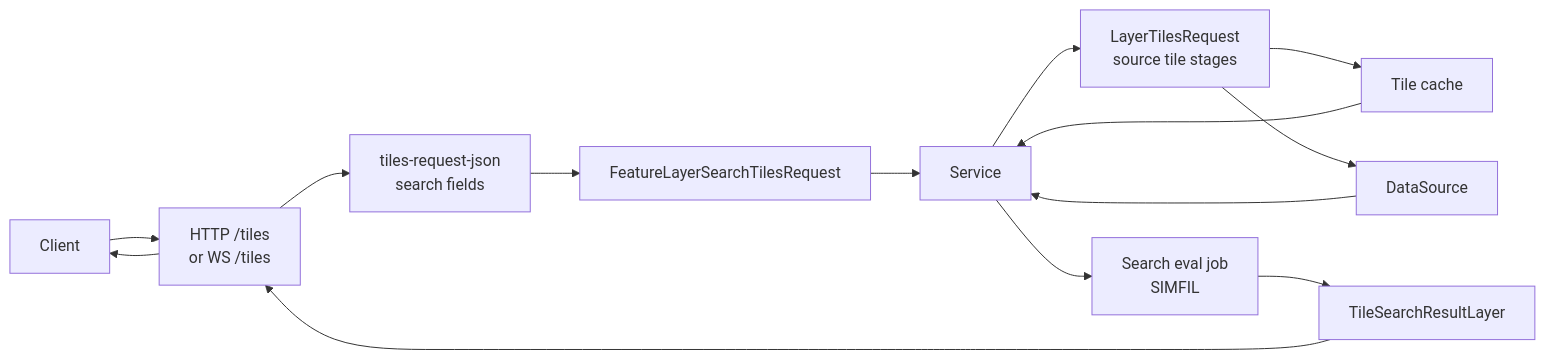
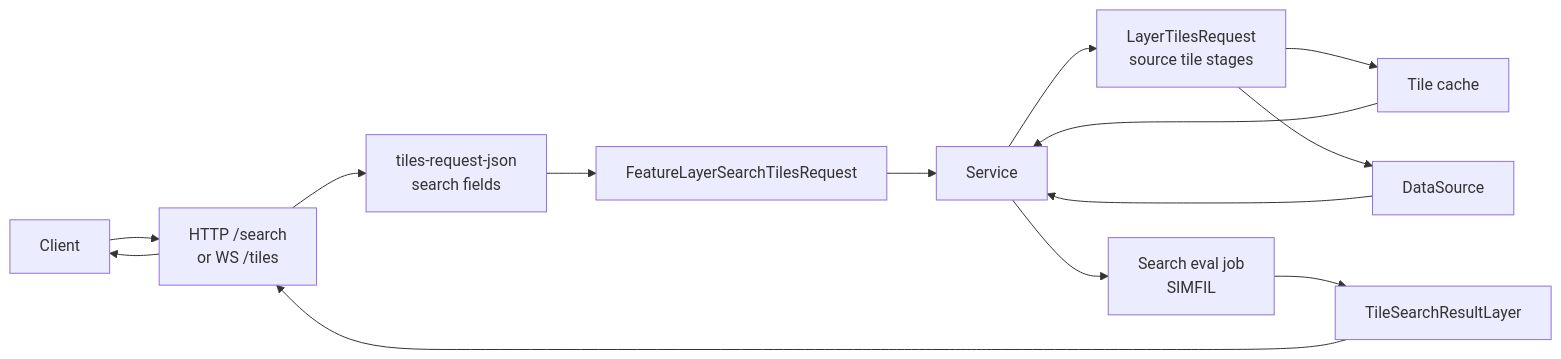
One commit to ndsev/mapget changed the fourth of 5 diagrams in docs/mapget-dev-guide.md. Above: the diagram before and after it, drawn with Mermaid. The commit also changed other lines of this file and 19 other files, not shown here.

Commit message:
feat(http): add REST search endpoint

````diff
--- a/docs/mapget-dev-guide.md
+++ b/docs/mapget-dev-guide.md
@@ -255,27 +256,27 @@
 ```mermaid
 flowchart LR
   Client[Client]
-  Transport[HTTP /tiles<br/>or WS /tiles]
+  Transport[HTTP /search<br/>or WS /tiles]
   Parser[tiles-request-json<br/>search fields]
   SearchReq[FeatureLayerSearchTilesRequest]
   Service[Service]
   ChildReq[LayerTilesRequest<br/>source tile stages]
   Cache[Tile cache]
   Ds[DataSource]
   Eval[Search eval job<br/>SIMFIL]
   Result[TileSearchResultLayer]
 
   Client --> Transport
   Transport --> Parser
   Parser --> SearchReq
   SearchReq --> Service
   Service --> ChildReq
   ChildReq --> Cache
   ChildReq --> Ds
   Cache --> Service
   Ds --> Service
   Service --> Eval
   Eval --> Result
   Result --> Transport
   Transport --> Client
 ```
````
